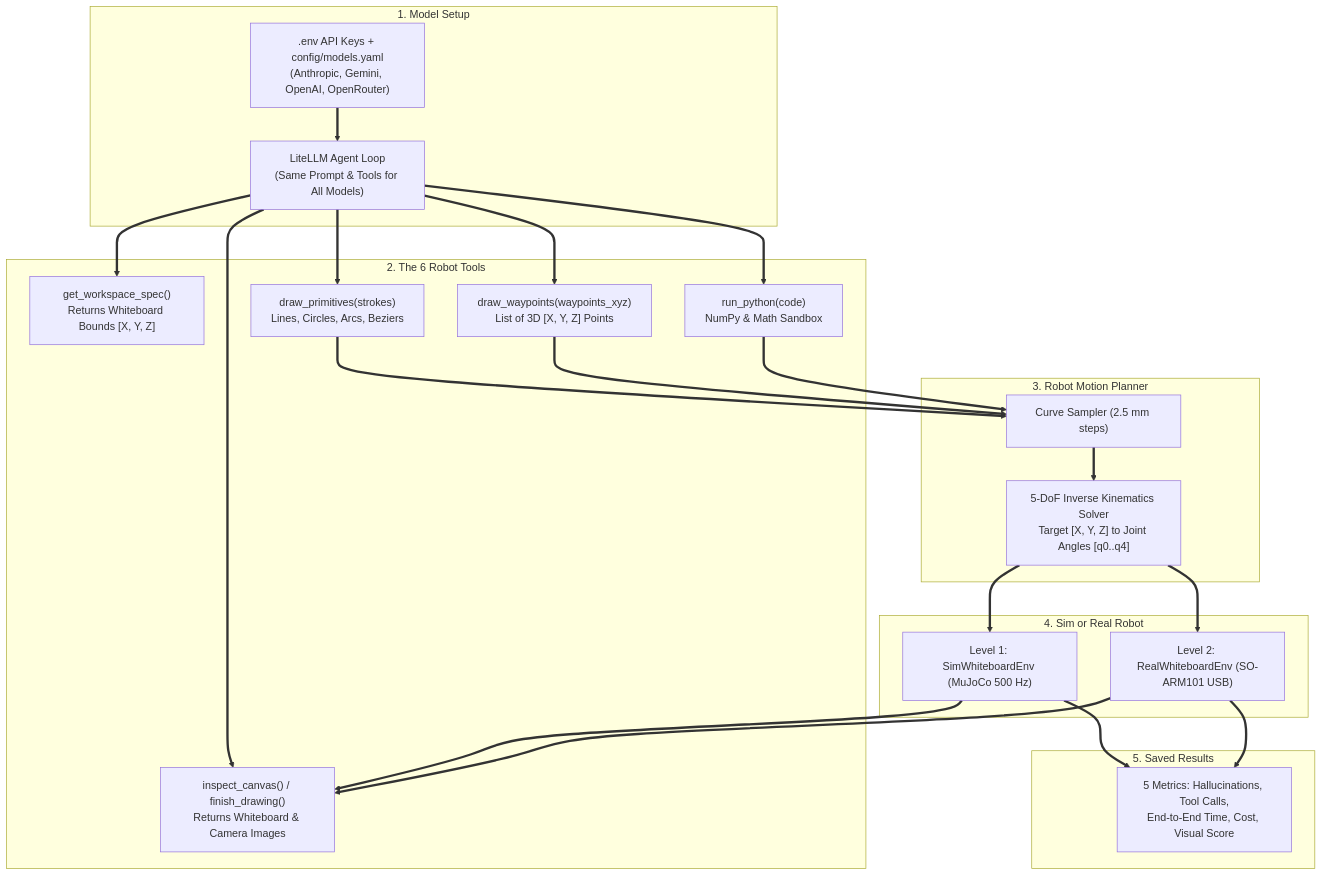
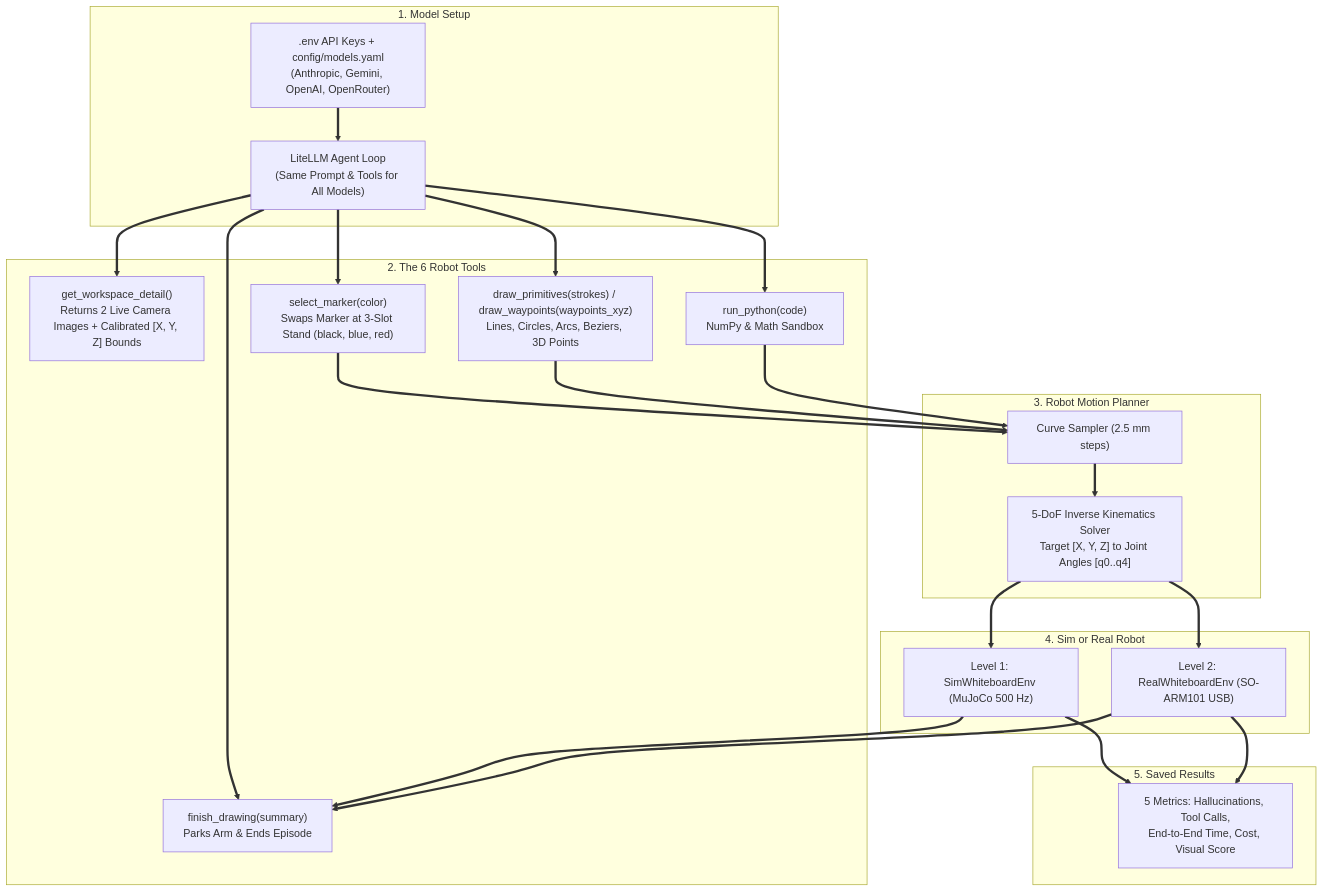
Before and after one commit to vssinghh/pelican-eval: the diagram in DESIGN.md, drawn with Mermaid. The commit also changed other lines of this file and 22 other files, not shown here.

Commit message:
Use get_workspace_detail with live camera views and add Gemini 3.8 Flash benchmark run

````diff
--- a/DESIGN.md
+++ b/DESIGN.md
@@ -26,38 +26,38 @@
 ```mermaid
 flowchart TD
     subgraph Config ["1. Model Setup"]
         EnvFile[".env API Keys + config/models.yaml<br/>(Anthropic, Gemini, OpenAI, OpenRouter)"]
         Runner["LiteLLM Agent Loop<br/>(Same Prompt & Tools for All Models)"]
     end
 
     subgraph Tools ["2. The 6 Robot Tools"]
-        T1["get_workspace_spec()<br/>Returns Whiteboard Bounds [X, Y, Z]"]
-        T2["draw_primitives(strokes)<br/>Lines, Circles, Arcs, Beziers"]
-        T3["draw_waypoints(waypoints_xyz)<br/>List of 3D [X, Y, Z] Points"]
+        T1["get_workspace_detail()<br/>Returns 2 Live Camera Images + Calibrated [X, Y, Z] Bounds"]
+        T2["select_marker(color)<br/>Swaps Marker at 3-Slot Stand (black, blue, red)"]
+        T3["draw_primitives(strokes) / draw_waypoints(waypoints_xyz)<br/>Lines, Circles, Arcs, Beziers, 3D Points"]
         T4["run_python(code)<br/>NumPy & Math Sandbox"]
-        T5["inspect_canvas() / finish_drawing()<br/>Returns Whiteboard & Camera Images"]
+        T5["finish_drawing(summary)<br/>Parks Arm & Ends Episode"]
     end
 
     subgraph Motion ["3. Robot Motion Planner"]
         Interp["Curve Sampler (2.5 mm steps)"]
         IK["5-DoF Inverse Kinematics Solver<br/>Target [X, Y, Z] to Joint Angles [q0..q4]"]
     end
 
     subgraph Env ["4. Sim or Real Robot"]
         Sim["Level 1: SimWhiteboardEnv (MuJoCo 500 Hz)"]
         Real["Level 2: RealWhiteboardEnv (SO-ARM101 USB)"]
     end
 
     subgraph Output ["5. Saved Results"]
         Metrics["5 Metrics: Hallucinations, Tool Calls,<br/>End-to-End Time, Cost, Visual Score"]
     end
 
     EnvFile ==> Runner
     Runner ==> T1 & T2 & T3 & T4 & T5
     T2 & T3 & T4 ==> Interp
     Interp ==> IK
     IK ==> Sim
     IK ==> Real
     Sim & Real ==> T5
     Sim & Real ==> Metrics
 ```
````
